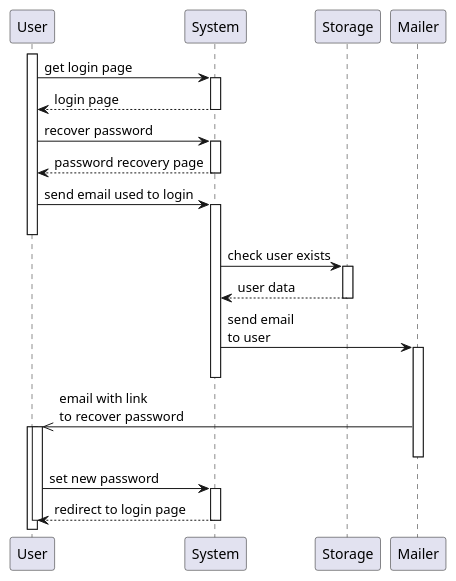
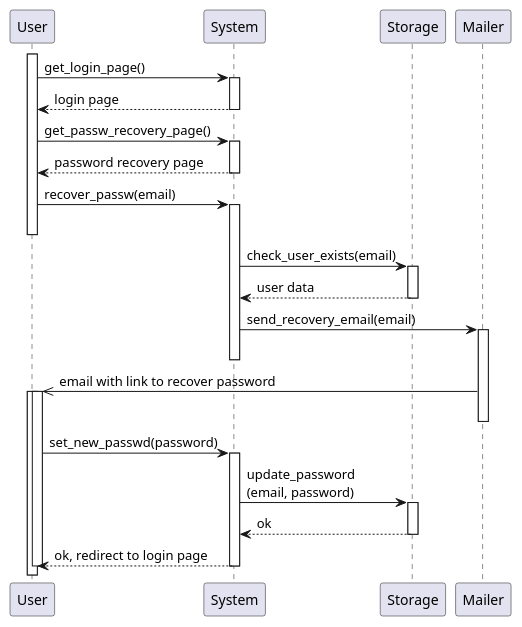
The third of 3 diagrams in RASD/materials/uml/useCases/signUp&login.wsd (GiorgioUghini/SafeStreets), drawn with PlantUML before and after one commit. The commit also changed other lines of this file and 4 other files, not shown here.

```diff
--- a/RASD/materials/uml/useCases/signUp&login.wsd
+++ b/RASD/materials/uml/useCases/signUp&login.wsd
@@ -37,27 +37,29 @@
 @startuml password_recovery
     autoactivate on
 
     participant User as U
     participant System as S
     participant Storage as ST
     participant Mailer as M
 
     activate U
-    U -> S: get login page
+    U -> S: get_login_page()
     return login page
-    U -> S: recover password
+    U -> S: get_passw_recovery_page()
     return password recovery page
-    U -> S: send email used to login
+    U -> S: recover_passw(email)
     deactivate U
-    S -> ST: check user exists
+    S -> ST: check_user_exists(email)
     return user data
-    S -> M: send email\nto user
+    S -> M: send_recovery_email(email)
     deactivate S
-    M ->> U: email with link\nto recover password
+    M ->> U: email with link to recover password
     deactivate M
     activate U
-    U -> S: set new password
-    return redirect to login page
+    U -> S: set_new_passwd(password)
+    S -> ST: update_password\n(email, password)
+    return ok
+    return ok, redirect to login page
     deactivate U
 
 @enduml
```
